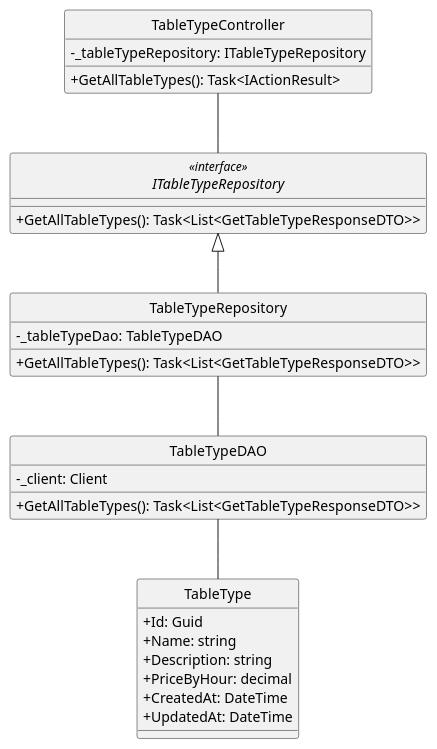
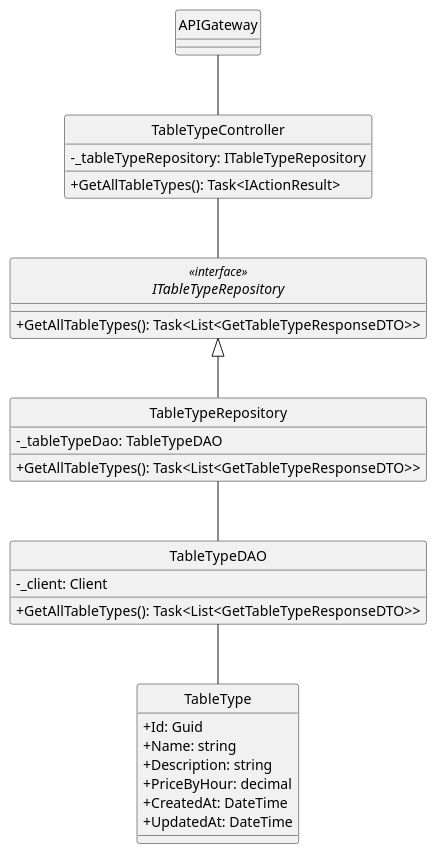
Before and after one commit to minhnhut23/FPT-OBOMS: the diagram in docs/ClassDiagram/TableType/GetAll.plantuml, drawn with PlantUML. The commit also changed 86 other files, not shown here.

Commit message:
update 6 class-diagram

```diff
--- a/docs/ClassDiagram/TableType/GetAll.plantuml
+++ b/docs/ClassDiagram/TableType/GetAll.plantuml
@@ -1,38 +1,42 @@
 @startuml
 hide circle
 skinparam classAttributeIconSize 0
+
+class APIGateway {
+}
 
 class TableTypeController {
     - _tableTypeRepository: ITableTypeRepository
     + GetAllTableTypes(): Task<IActionResult>
 }
 
 interface ITableTypeRepository<<interface>>  {
     + GetAllTableTypes(): Task<List<GetTableTypeResponseDTO>>
 }
 
 class TableTypeRepository {
     - _tableTypeDao: TableTypeDAO
     + GetAllTableTypes(): Task<List<GetTableTypeResponseDTO>>
 }
 
 class TableTypeDAO {
     - _client: Client
     + GetAllTableTypes(): Task<List<GetTableTypeResponseDTO>>
 }
 
 class TableType {
     + Id: Guid
     + Name: string
     + Description: string
     + PriceByHour: decimal
     + CreatedAt: DateTime
     + UpdatedAt: DateTime
 }
 
+APIGateway -- TableTypeController
 TableTypeController -- ITableTypeRepository
 ITableTypeRepository <|-- TableTypeRepository
 TableTypeRepository -- TableTypeDAO
 TableTypeDAO -- TableType
 
 @enduml
```
